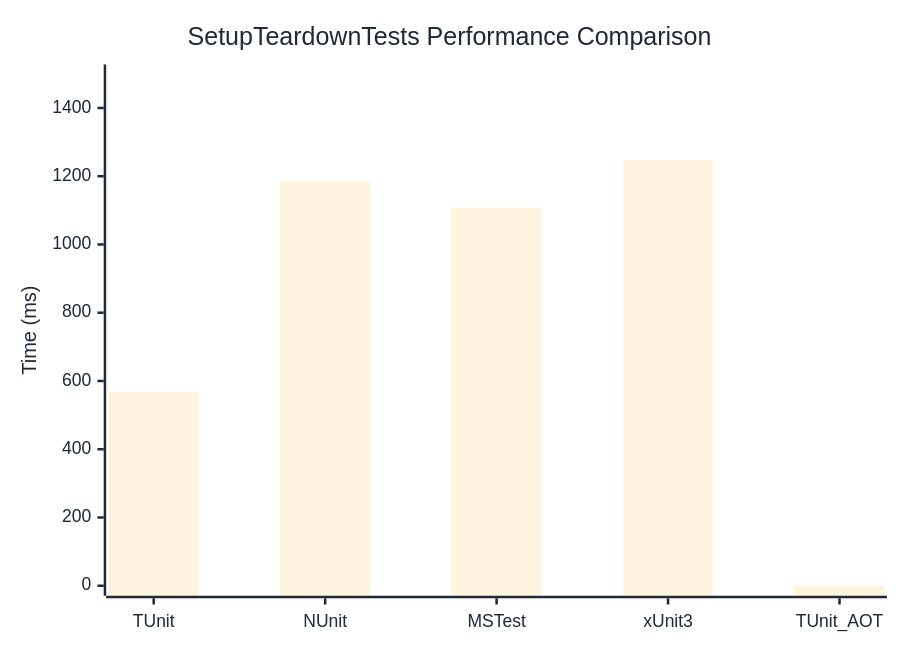
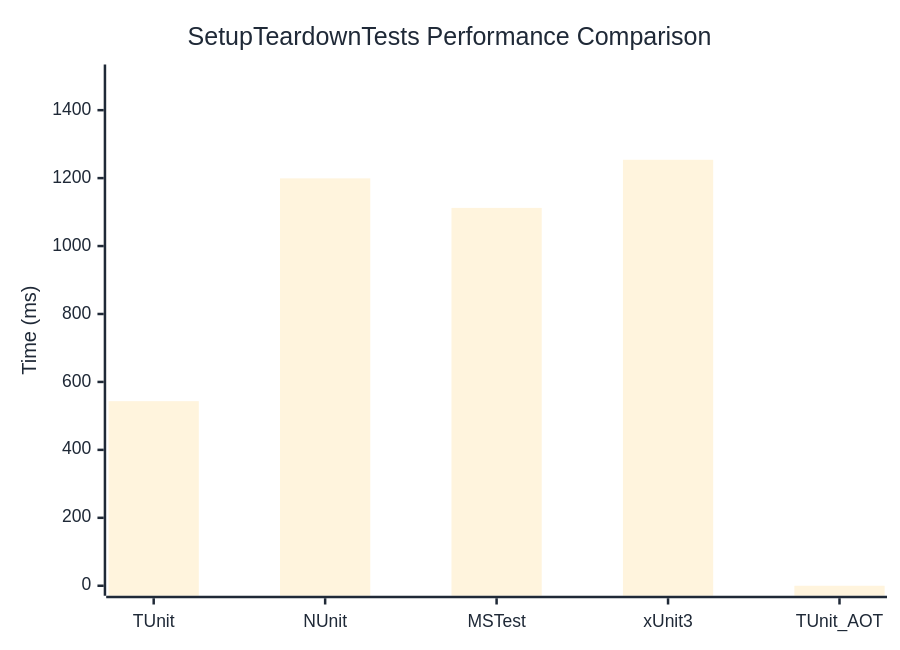
The diagram in docs/docs/benchmarks/SetupTeardownTests.md (thomhurst/TUnit), drawn with Mermaid before and after one commit. The commit also changed other lines of this file and 17 other files, not shown here.

````diff
--- a/docs/docs/benchmarks/SetupTeardownTests.md
+++ b/docs/docs/benchmarks/SetupTeardownTests.md
@@ -27,37 +27,37 @@
 ```mermaid
 %%{init: {
   'theme':'base',
   'themeVariables': {
     'primaryColor': '#2563eb',
     'primaryTextColor': '#1f2937',
     'primaryBorderColor': '#1e40af',
     'lineColor': '#6b7280',
     'secondaryColor': '#7c3aed',
     'tertiaryColor': '#dc2626',
     'background': '#ffffff',
     'mainBkg': '#2563eb',
     'secondBkg': '#7c3aed',
     'tertiaryBkg': '#dc2626',
     'clusterBkg': '#f3f4f6',
     'edgeLabelBackground': '#ffffff',
     'tertiaryTextColor': '#1f2937',
     'pie1': '#2563eb',
     'pie2': '#7c3aed',
     'pie3': '#dc2626',
     'pie4': '#f59e0b',
     'pie5': '#10b981',
     'pie6': '#06b6d4',
     'pie7': '#ec4899',
     'pie8': '#6366f1',
     'pie9': '#84cc16',
     'pie10': '#f97316',
     'pie11': '#14b8a6',
     'pie12': '#a855f7'
   }
 }}%%
 xychart-beta
   title "SetupTeardownTests Performance Comparison"
   x-axis ["TUnit", "NUnit", "MSTest", "xUnit3", "TUnit_AOT"]
-  y-axis "Time (ms)" 0 --> 1498
-  bar [567.4, 1186.4, 1107.8, 1247.9, 0]
+  y-axis "Time (ms)" 0 --> 1505
+  bar [543.4, 1199.3, 1112.3, 1253.9, 0]
 ```
````
